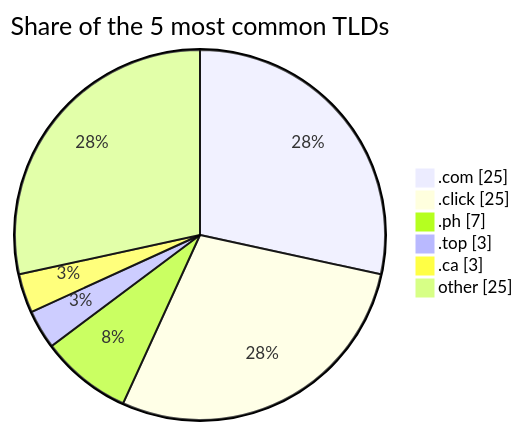
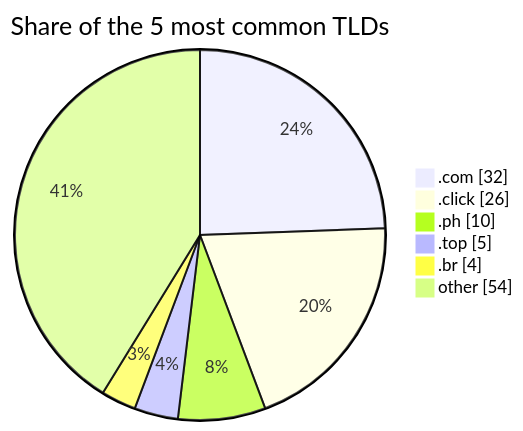
Before and after one commit to DNSBunker/CTI: the second of 2 diagrams in README.md, drawn with Mermaid. The commit also changed other lines of this file and 3 other files, not shown here.

````diff
--- a/README.md
+++ b/README.md
@@ -72,9 +72,9 @@
 ```mermaid
 pie showData title Share of the 5 most common TLDs
-    ".com" : 25
-    ".click" : 25
-    ".ph" : 7
-    ".top" : 3
-    ".ca" : 3
-    "other" : 25
+    ".com" : 32
+    ".click" : 26
+    ".ph" : 10
+    ".top" : 5
+    ".br" : 4
+    "other" : 54
 ```
````
